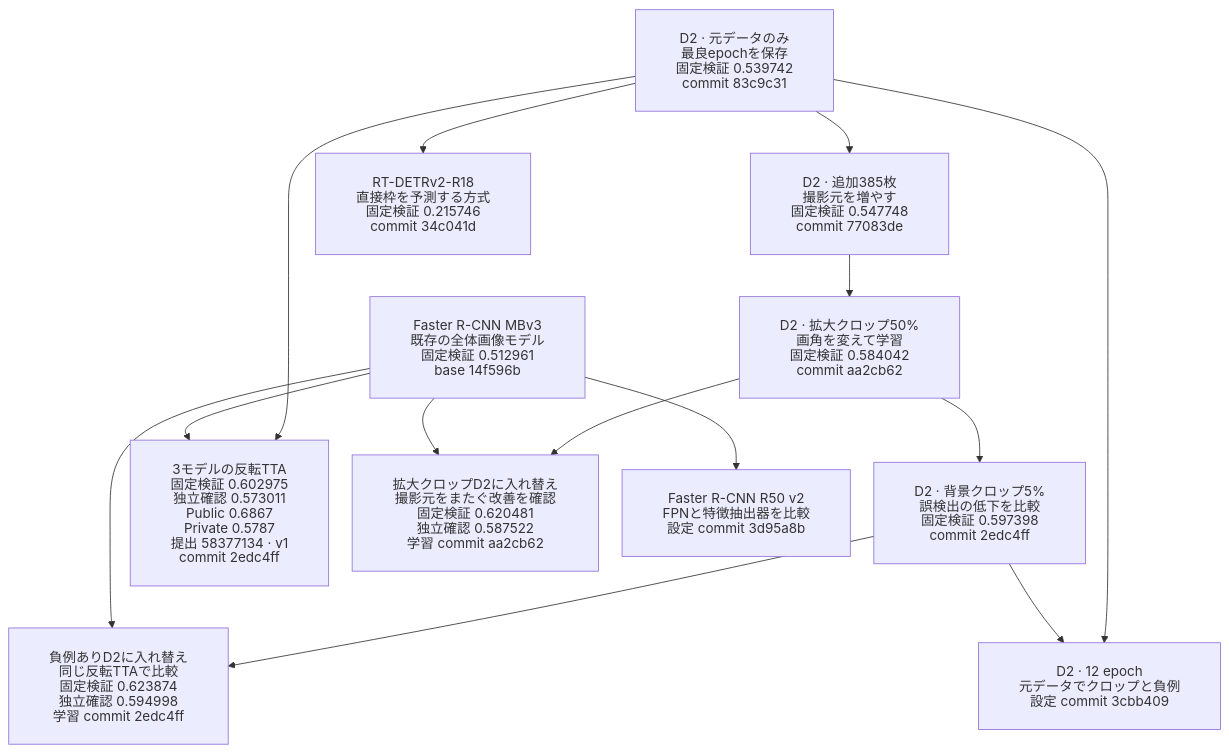
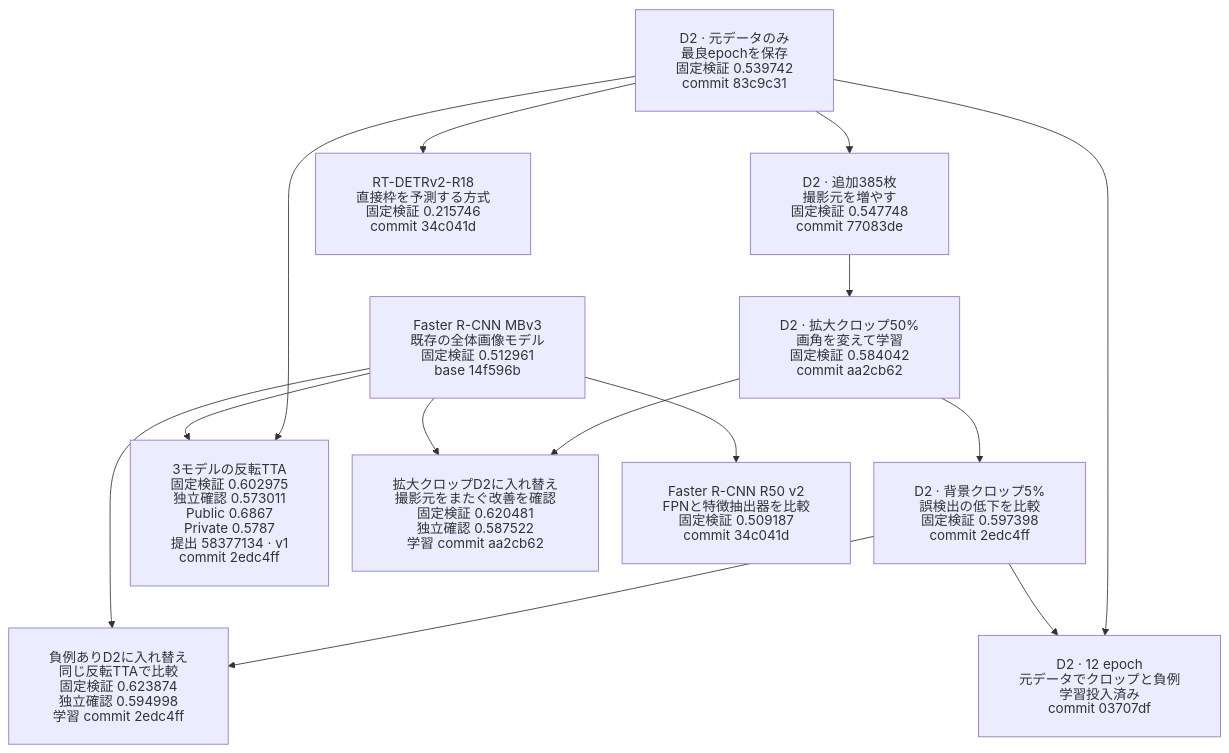
The fifth of 5 diagrams in docs/experiment-lineage.md (Yutarotaro/kaggle-global-wheat-detection), drawn with Mermaid before and after one commit. The commit also changed 1 other file, not shown here.

Commit message:
docs: ResNet-50の結果と12 epoch学習の実行を記録する

````diff
--- a/docs/experiment-lineage.md
+++ b/docs/experiment-lineage.md
@@ -161,27 +161,27 @@
 ```mermaid
 %%{init: {"htmlLabels": false, "flowchart": {"padding": 24, "nodeSpacing": 28}}}%%
 flowchart TB
     M["Faster R-CNN MBv3<br/>既存の全体画像モデル<br/>固定検証 0.512961<br/>base 14f596b"]
     D["D2 · 元データのみ<br/>最良epochを保存<br/>固定検証 0.539742<br/>commit 83c9c31"]
     F["D2 · 追加385枚<br/>撮影元を増やす<br/>固定検証 0.547748<br/>commit 77083de"]
     C["D2 · 拡大クロップ50%<br/>画角を変えて学習<br/>固定検証 0.584042<br/>commit aa2cb62"]
     N["D2 · 背景クロップ5%<br/>誤検出の低下を比較<br/>固定検証 0.597398<br/>commit 2edc4ff"]
     U["負例ありD2に入れ替え<br/>同じ反転TTAで比較<br/>固定検証 0.623874<br/>独立確認 0.594998<br/>学習 commit 2edc4ff"]
     S["3モデルの反転TTA<br/>固定検証 0.602975<br/>独立確認 0.573011<br/>Public 0.6867<br/>Private 0.5787<br/>提出 58377134 · v1<br/>commit 2edc4ff"]
     Z["拡大クロップD2に入れ替え<br/>撮影元をまたぐ改善を確認<br/>固定検証 0.620481<br/>独立確認 0.587522<br/>学習 commit aa2cb62"]
     T["RT-DETRv2-R18<br/>直接枠を予測する方式<br/>固定検証 0.215746<br/>commit 34c041d"]
-    R["Faster R-CNN R50 v2<br/>FPNと特徴抽出器を比較<br/>設定 commit 3d95a8b"]
-    L["D2 · 12 epoch<br/>元データでクロップと負例<br/>設定 commit 3cbb409"]
+    R["Faster R-CNN R50 v2<br/>FPNと特徴抽出器を比較<br/>固定検証 0.509187<br/>commit 34c041d"]
+    L["D2 · 12 epoch<br/>元データでクロップと負例<br/>学習投入済み<br/>commit 03707df"]
 
     D --> F --> C --> N
     C --> Z
     M --> Z
     D --> S
     M --> S
     D --> T
     D --> L
     N --> L
     N --> U
     M --> U
     M --> R
 ```
````
